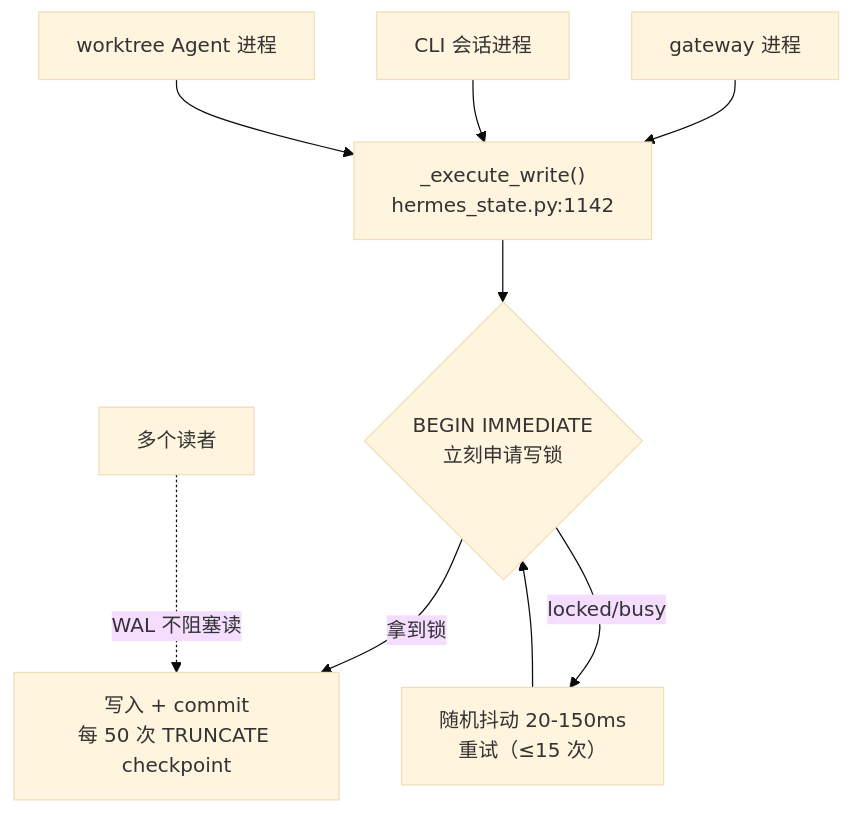
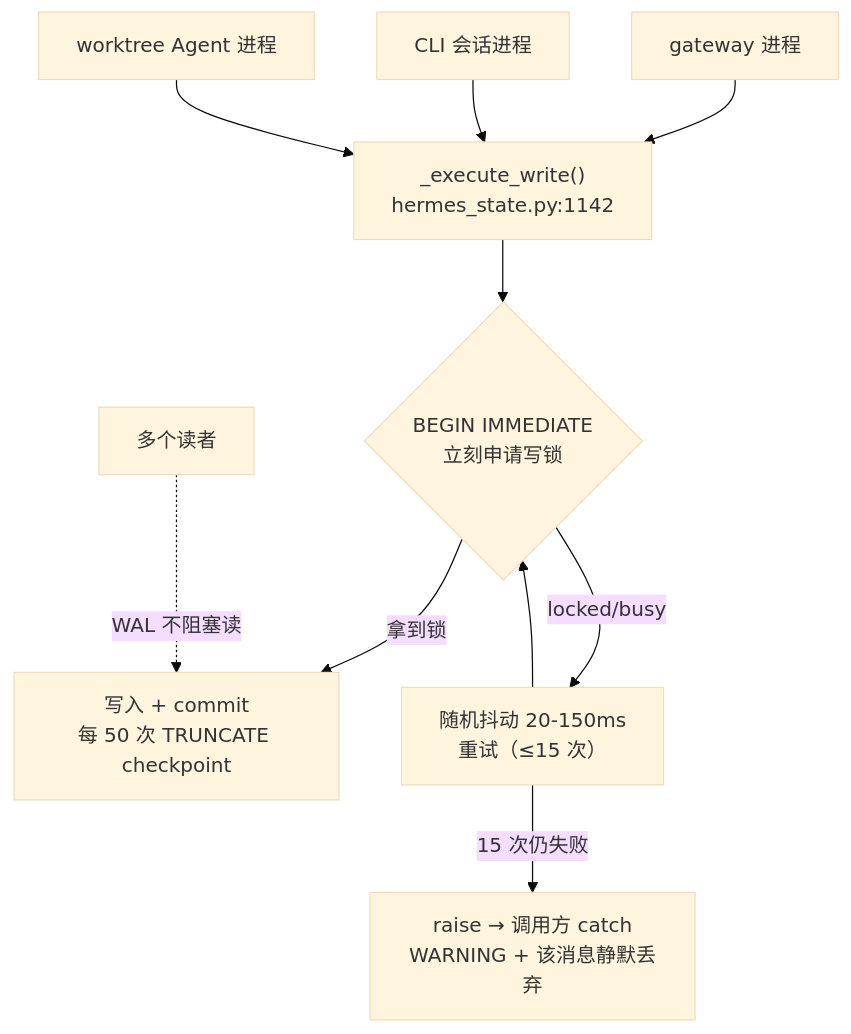
One commit to fang-lin/hermes-agent-code-analysis changed the first of 3 diagrams in docs/zh/13-工程实践.md. Above: the diagram before and after it, drawn with Mermaid (base theme). The commit also changed other lines of this file, not shown here.

Commit message:
13 章 depth 补充 4🔴3🟡：state.db 三级自愈修复 + compression_locks TTL 租约锁 + 写重试耗尽静默丢消息终态 + 日志异步队列架构（QueueListener）+ 脱敏模块细节（前缀/键名/防注入快照）+ 外部轮转 inode 自愈 + 原子写跨设备非原子例外 + 发布工程（CalVer/OIDC/Sigstore）新节；配套补 mermaid 终态节点/排错 3 行/代码组织/设计决策 2 行

````diff
--- a/docs/zh/13-工程实践.md
+++ b/docs/zh/13-工程实践.md
@@ -97,12 +100,13 @@
 ```mermaid
 flowchart TD
     P1["gateway 进程"] --> W
     P2["CLI 会话进程"] --> W
     P3["worktree Agent 进程"] --> W
     W["_execute_write()<br/>hermes_state.py:1142"]
     W --> BI{"BEGIN IMMEDIATE<br/>立刻申请写锁"}
     BI -->|拿到锁| OK["写入 + commit<br/>每 50 次 TRUNCATE checkpoint"]
     BI -->|"locked/busy"| RETRY["随机抖动 20-150ms<br/>重试（≤15 次）"]
     RETRY --> BI
+    RETRY -->|"15 次仍失败"| RAISE["raise → 调用方 catch<br/>WARNING + 该消息静默丢弃"]
     READERS["多个读者"] -.->|"WAL 不阻塞读"| OK
 ```
````
